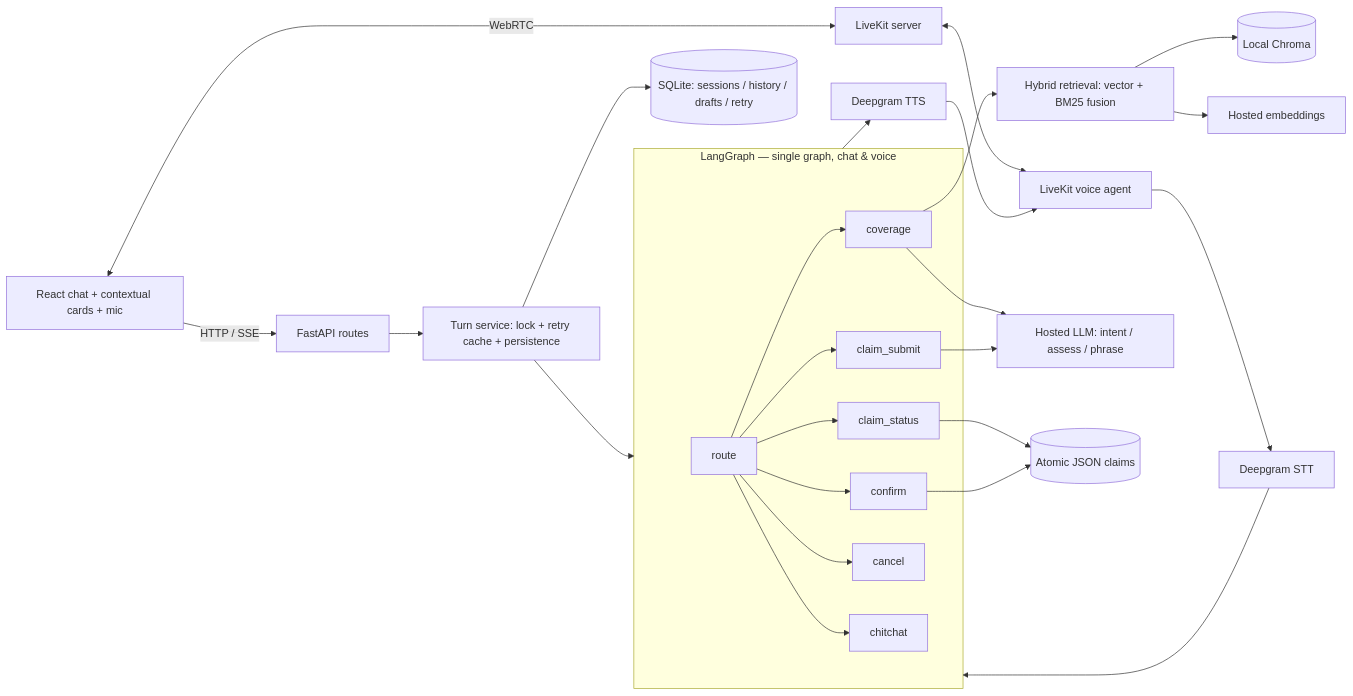
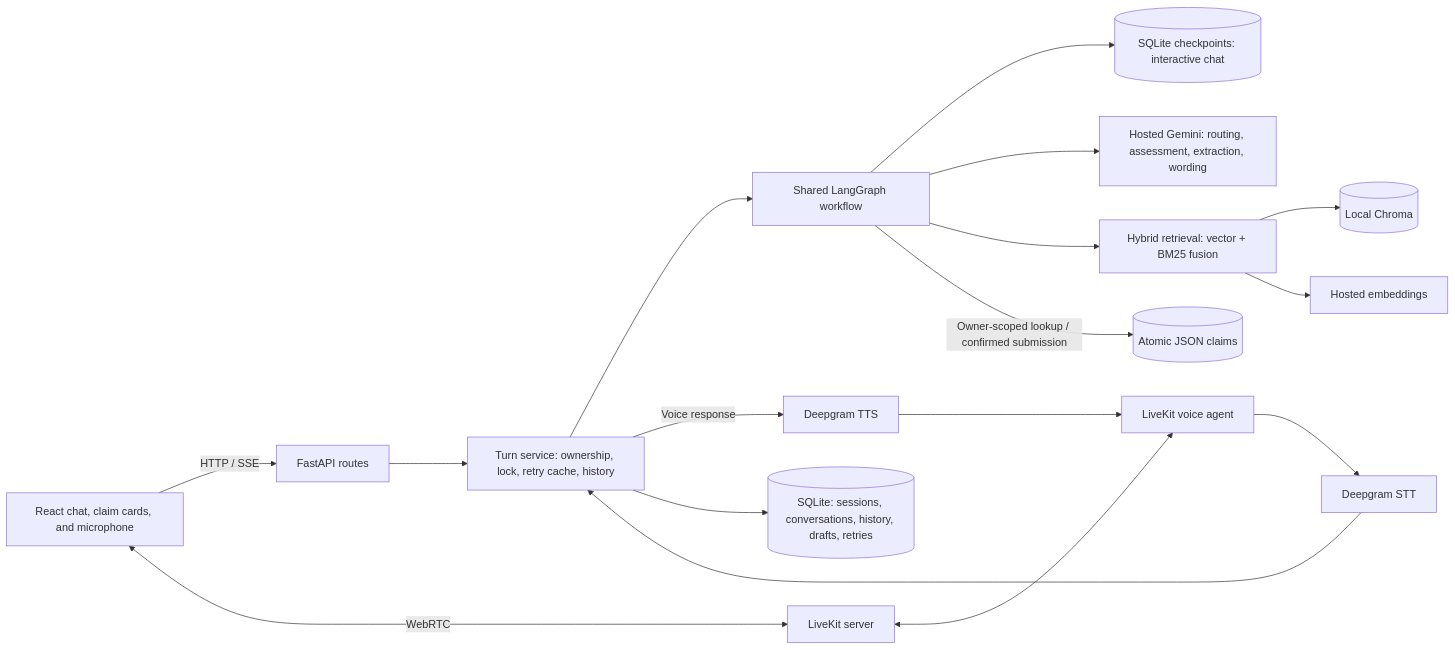
Before and after one commit to islammansour1/OmniCare: the first of 2 diagrams in README.md, drawn with Mermaid. The commit also changed other lines of this file, not shown here.

Commit message:
Update README diagrams to match LangGraph workflows

````diff
--- a/README.md
+++ b/README.md
@@ -38,25 +40,17 @@
 ```mermaid
 flowchart LR
-    UI[React chat + contextual cards + mic] -->|HTTP / SSE| API[FastAPI routes]
-    UI <-->|WebRTC| LK[LiveKit server] <--> VA[LiveKit voice agent]
-    API --> SVC[Turn service: lock + retry cache + persistence]
-    SVC --> AG[LangGraph workflow]
-    VA --> STT[Deepgram STT] --> AG
-    AG --> TTS[Deepgram TTS] --> VA
-    subgraph AG[LangGraph — single graph, chat & voice]
-        ROUTE[route] --> COV[coverage]
-        ROUTE --> STATUS[claim_status]
-        ROUTE --> SUBMIT[claim_submit]
-        ROUTE --> CONFIRM[confirm]
-        ROUTE --> CANCEL[cancel]
-        ROUTE --> CHAT[chitchat]
-    end
-    COV --> RETR[Hybrid retrieval: vector + BM25 fusion]
-    RETR --> CHROMA[(Local Chroma)]
-    RETR --> EMB[Hosted embeddings]
-    COV --> LM[Hosted LLM: intent / assess / phrase]
-    SUBMIT --> LM
-    STATUS --> CLAIMS[(Atomic JSON claims)]
-    CONFIRM --> CLAIMS
-    SVC --> DB[(SQLite: sessions / history / drafts / retry)]
+    UI["React chat, claim cards, and microphone"] -->|HTTP / SSE| API["FastAPI routes"]
+    UI <-->|WebRTC| LK["LiveKit server"]
+    LK <--> VA["LiveKit voice agent"]
+    API --> SVC["Turn service: ownership, lock, retry cache, history"]
+    VA --> STT["Deepgram STT"] --> SVC
+    SVC --> AG["Shared LangGraph workflow"]
+    SVC -->|Voice response| TTS["Deepgram TTS"] --> VA
+    SVC --> DB[("SQLite: sessions, conversations, history, drafts, retries")]
+    AG --> CP[("SQLite checkpoints: interactive chat")]
+    AG --> LM["Hosted Gemini: routing, assessment, extraction, wording"]
+    AG --> RETR["Hybrid retrieval: vector + BM25 fusion"]
+    RETR --> CHROMA[("Local Chroma")]
+    RETR --> EMB["Hosted embeddings"]
+    AG -->|Owner-scoped lookup / confirmed submission| CLAIMS[("Atomic JSON claims")]
 ```
````
